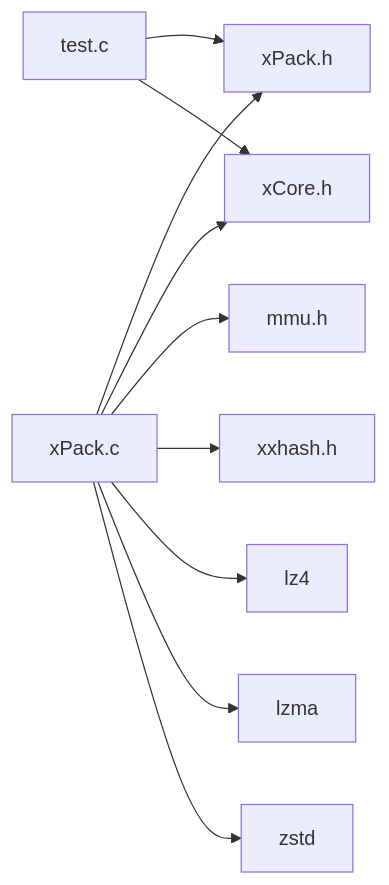
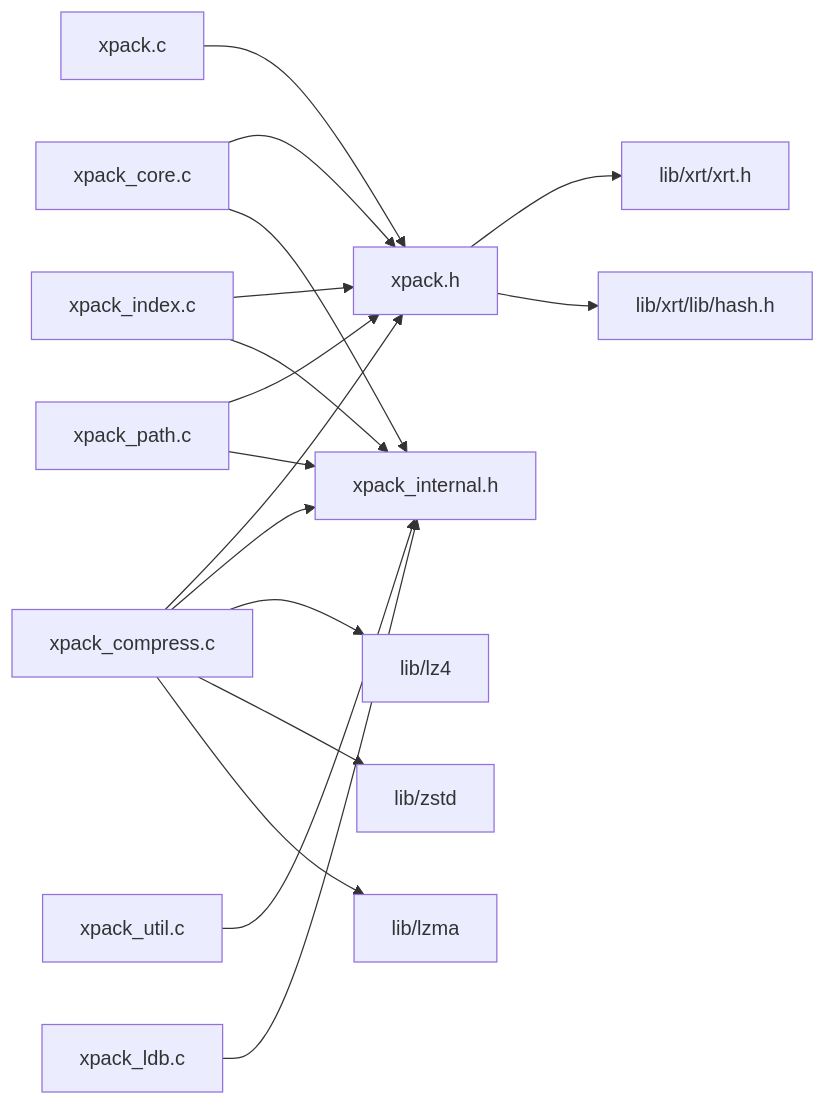
One commit to xywhsoft/xpack changed the fourth of 4 diagrams in .qoder/repowiki/zh/content/高级功能特性/高级功能特性.md. Above: the diagram before and after it, drawn with Mermaid. The commit also changed other lines of this file and 18 other files, not shown here.

````diff
--- a/.qoder/repowiki/zh/content/高级功能特性/高级功能特性.md
+++ b/.qoder/repowiki/zh/content/高级功能特性/高级功能特性.md
@@ -268,12 +211,19 @@
 ```mermaid
 graph LR
-XP["xPack.c"] --> HH["xPack.h"]
-XP --> XC["xCore.h"]
-XP --> MM["mmu.h"]
-XP --> XXH["xxhash.h"]
-XP --> LZ4["lz4"]
-XP --> LZMA["lzma"]
-XP --> ZSTD["zstd"]
-TEST["test.c"] --> HH
-TEST --> XC
+XP_C["xpack.c"] --> XP_H["xpack.h"]
+XP_CI["xpack_compress.c"] --> XP_H
+XP_CI --> XP_IH["xpack_internal.h"]
+XP_CORE["xpack_core.c"] --> XP_H
+XP_CORE --> XP_IH
+XP_IDX["xpack_index.c"] --> XP_H
+XP_IDX --> XP_IH
+XP_PATH["xpack_path.c"] --> XP_H
+XP_PATH --> XP_IH
+XP_UTIL["xpack_util.c"] --> XP_IH
+XP_LDB["xpack_ldb.c"] --> XP_IH
+XP_H --> XRT["lib/xrt/xrt.h"]
+XP_CI --> LZ4["lib/lz4"]
+XP_CI --> ZSTD["lib/zstd"]
+XP_CI --> LZMA["lib/lzma"]
+XP_H --> HASH["lib/xrt/lib/hash.h"]
 ```
````
